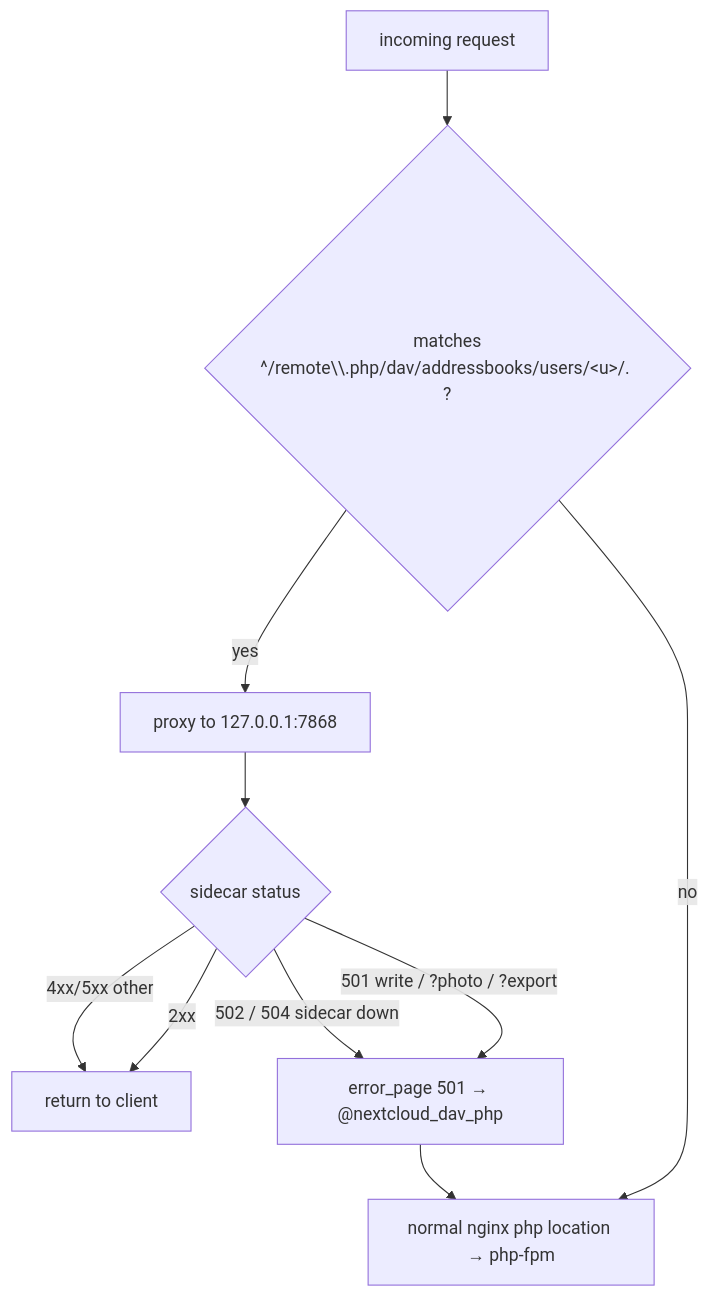
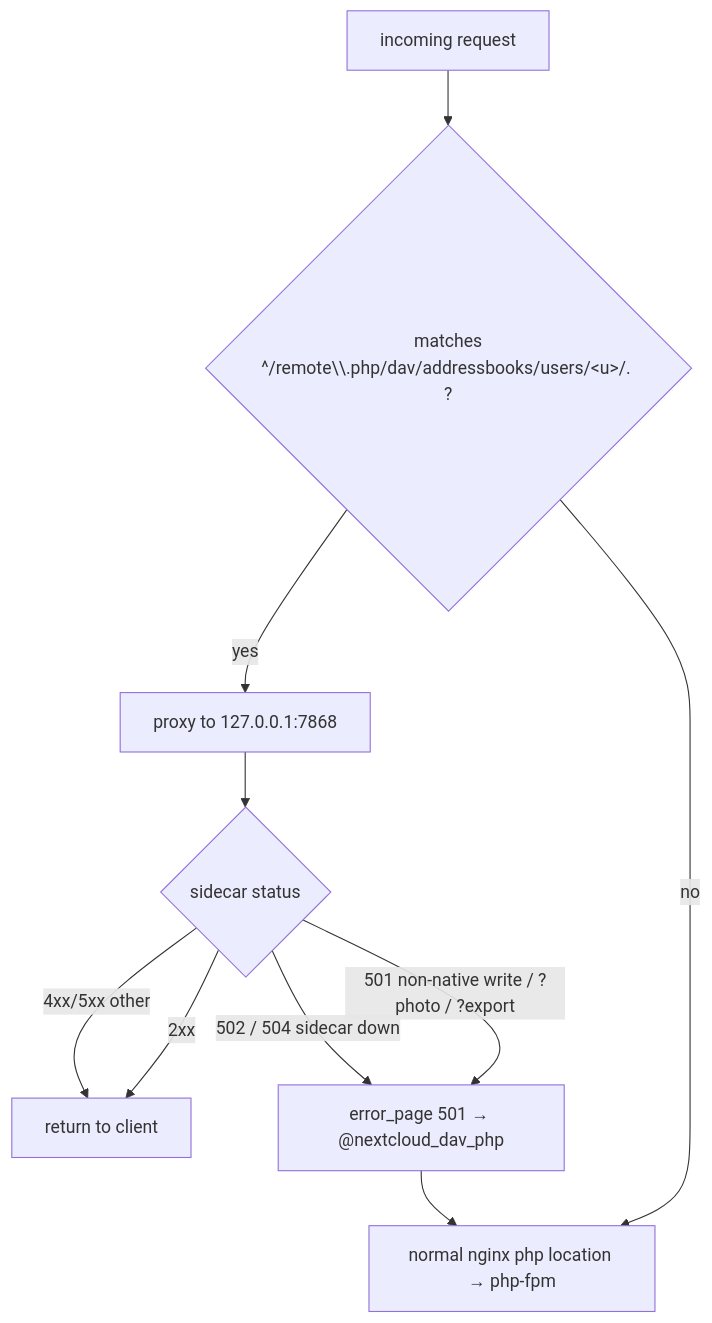
Before and after one commit to aviallon/nextcloud-dav: the third of 12 diagrams in docs/ARCHITECTURE.md, drawn with Mermaid. The commit also changed other lines of this file and 1 other file, not shown here.

First line of the commit message:
docs: describe the native write path, the outbox and the dispatcher

````diff
--- a/docs/ARCHITECTURE.md
+++ b/docs/ARCHITECTURE.md
@@ -92,13 +103,13 @@
 ```mermaid
 flowchart TD
   R[incoming request] --> Q{matches<br/>^/remote\\.php/dav/addressbooks/users/&lt;u&gt;/. ?}
   Q -- yes --> RS[proxy to 127.0.0.1:7868]
   Q -- no --> PHP[normal nginx php location → php-fpm]
 
   RS --> S{sidecar status}
   S -- 2xx --> DONE[return to client]
-  S -- 501 write / ?photo / ?export --> FB[error_page 501 → @nextcloud_dav_php]
+  S -- 501 non-native write / ?photo / ?export --> FB[error_page 501 → @nextcloud_dav_php]
   S -- 502 / 504 sidecar down --> FB
   S -- 4xx/5xx other --> DONE
   FB --> PHP
 ```
````
